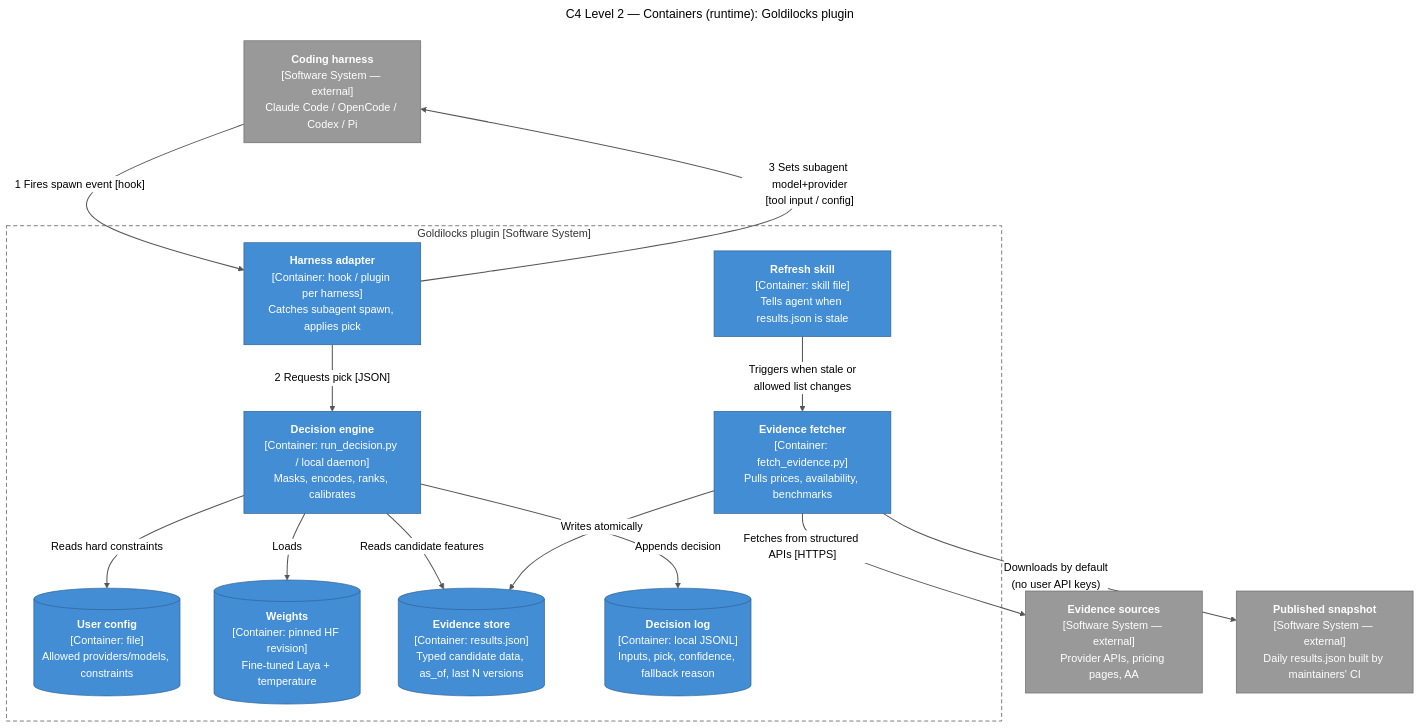
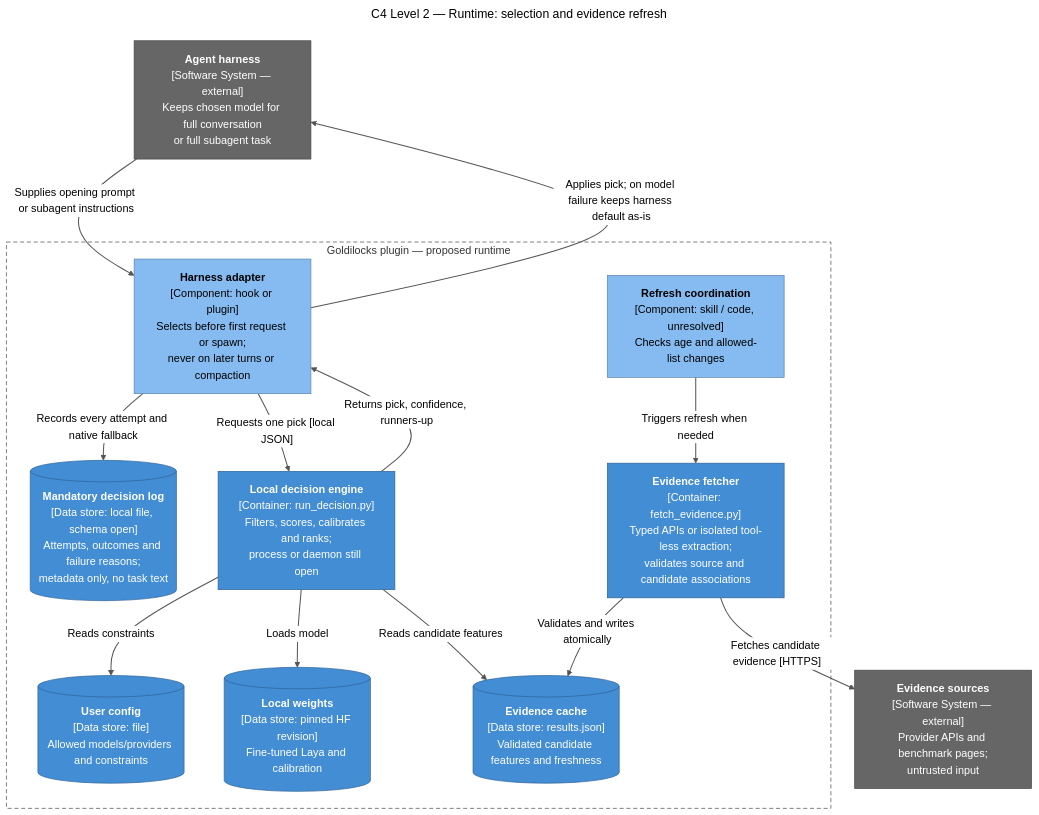
The diagram in docs/diagrams/src/c4-container-runtime.mmd (mani2001/goldilocks), drawn with Mermaid (neutral theme) before and after one commit. The commit also changed 52 other files, not shown here.

```diff
--- a/docs/diagrams/src/c4-container-runtime.mmd
+++ b/docs/diagrams/src/c4-container-runtime.mmd
@@ -1,35 +1,34 @@
 ---
-title: "C4 Level 2 — Containers (runtime): Goldilocks plugin"
+title: "C4 Level 2 — Runtime: selection and evidence refresh"
 ---
 flowchart TB
-  harness["<b>Coding harness</b><br/>[Software System — external]<br/>Claude Code / OpenCode / Codex / Pi"]:::ext
-  evidence["<b>Evidence sources</b><br/>[Software System — external]<br/>Provider APIs, pricing pages, AA"]:::ext
-  subgraph gold["Goldilocks plugin [Software System]"]
-    adapter["<b>Harness adapter</b><br/>[Container: hook / plugin per harness]<br/>Catches subagent spawn, applies pick"]:::cont
-    engine["<b>Decision engine</b><br/>[Container: run_decision.py / local daemon]<br/>Masks, encodes, ranks, calibrates"]:::cont
-    config[("<b>User config</b><br/>[Container: file]<br/>Allowed providers/models, constraints")]:::cont
-    weights[("<b>Weights</b><br/>[Container: pinned HF revision]<br/>Fine-tuned Laya + temperature")]:::cont
-    store[("<b>Evidence store</b><br/>[Container: results.json]<br/>Typed candidate data, as_of, last N versions")]:::cont
-    log[("<b>Decision log</b><br/>[Container: local JSONL]<br/>Inputs, pick, confidence, fallback reason")]:::cont
-    skill["<b>Refresh skill</b><br/>[Container: skill file]<br/>Tells agent when results.json is stale"]:::cont
-    fetcher["<b>Evidence fetcher</b><br/>[Container: fetch_evidence.py]<br/>Pulls prices, availability, benchmarks"]:::cont
+  harness["<b>Agent harness</b><br/>[Software System — external]<br/>Keeps chosen model for full conversation<br/>or full subagent task"]:::ext
+  evidence["<b>Evidence sources</b><br/>[Software System — external]<br/>Provider APIs and benchmark pages;<br/>untrusted input"]:::ext
+  subgraph gold["Goldilocks plugin — proposed runtime"]
+    adapter["<b>Harness adapter</b><br/>[Component: hook or plugin]<br/>Selects before first request or spawn;<br/>never on later turns or compaction"]:::comp
+    log[("<b>Mandatory decision log</b><br/>[Data store: local file, schema open]<br/>Attempts, outcomes and failure reasons;<br/>metadata only, no task text")]:::cont
+    engine["<b>Local decision engine</b><br/>[Container: run_decision.py]<br/>Filters, scores, calibrates and ranks;<br/>process or daemon still open"]:::cont
+    config[("<b>User config</b><br/>[Data store: file]<br/>Allowed models/providers and constraints")]:::cont
+    weights[("<b>Local weights</b><br/>[Data store: pinned HF revision]<br/>Fine-tuned Laya and calibration")]:::cont
+    store[("<b>Evidence cache</b><br/>[Data store: results.json]<br/>Validated candidate features and freshness")]:::cont
+    refresh["<b>Refresh coordination</b><br/>[Component: skill / code, unresolved]<br/>Checks age and allowed-list changes"]:::comp
+    fetcher["<b>Evidence fetcher</b><br/>[Container: fetch_evidence.py]<br/>Typed APIs or isolated tool-less extraction;<br/>validates source and candidate associations"]:::cont
   end
-  harness -->|"1 Fires spawn event [hook]"| adapter
-  adapter -->|"2 Requests pick [JSON]"| engine
-  engine -->|"Reads hard constraints"| config
-  engine -->|"Loads"| weights
+  harness -->|"Supplies opening prompt or subagent instructions"| adapter
+  adapter -->|"Requests one pick [local JSON]"| engine
+  engine -->|"Reads constraints"| config
+  engine -->|"Loads model"| weights
   engine -->|"Reads candidate features"| store
-  engine -->|"Appends decision"| log
-  adapter -->|"3 Sets subagent model+provider<br/>[tool input / config]"| harness
-  skill -->|"Triggers when stale or<br/>allowed list changes"| fetcher
-  fetcher -->|"Fetches from structured APIs [HTTPS]"| evidence
-  fetcher -->|"Writes atomically"| store
+  engine -->|"Returns pick, confidence, runners-up"| adapter
+  adapter -->|"Applies pick; on model failure keeps harness default as-is"| harness
+  adapter -->|"Records every attempt and native fallback"| log
+  refresh -->|"Triggers refresh when needed"| fetcher
+  fetcher -->|"Fetches candidate evidence [HTTPS]"| evidence
+  fetcher -->|"Validates and writes atomically"| store
   style gold fill:none,stroke:#444,stroke-dasharray:6 4
   classDef person fill:#08427B,stroke:#052E56,color:#fff
   classDef sys fill:#1168BD,stroke:#0B4884,color:#fff
-  classDef ext fill:#999999,stroke:#6B6B6B,color:#fff
+  classDef ext fill:#666666,stroke:#444444,color:#fff
   classDef cont fill:#438DD5,stroke:#2E6295,color:#fff
   classDef comp fill:#85BBF0,stroke:#5D82A8,color:#000
   linkStyle default stroke:#555,stroke-width:1.5px
-  snap["<b>Published snapshot</b><br/>[Software System — external]<br/>Daily results.json built by maintainers' CI"]:::ext
-  fetcher -->|"Downloads by default<br/>(no user API keys)"| snap
```
